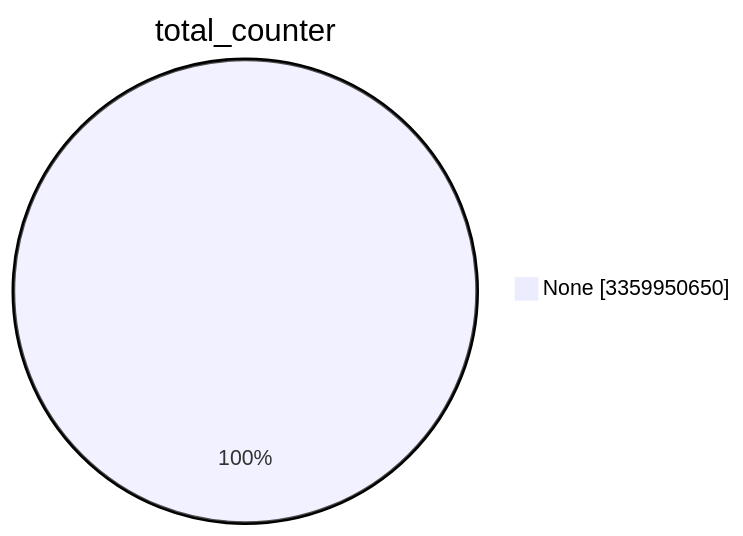
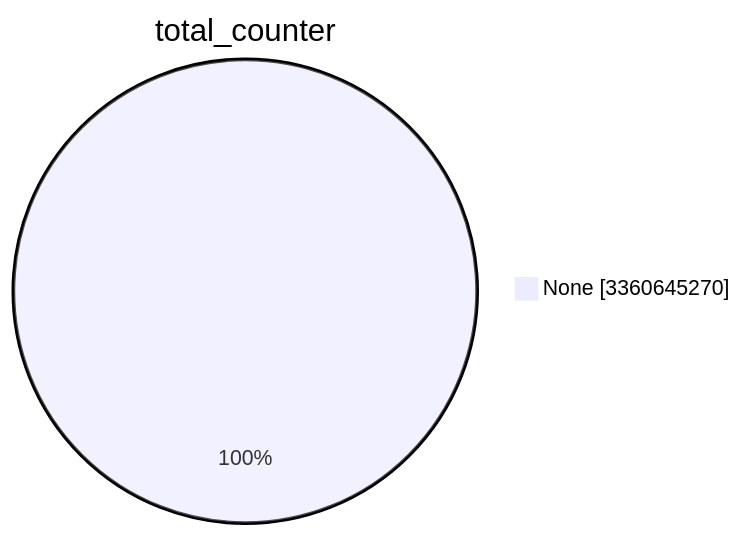
Before and after one commit to christiankrug/ctmonitor_visualization: the first of 15 diagrams in TOTAL/README.md, drawn with Mermaid. The commit also changed other lines of this file, not shown here.

````diff
--- a/TOTAL/README.md
+++ b/TOTAL/README.md
@@ -1,5 +1,5 @@
 ```mermaid
 pie showData
 title total_counter
-"None" :3359950650
+"None" :3360645270
 ```
````
